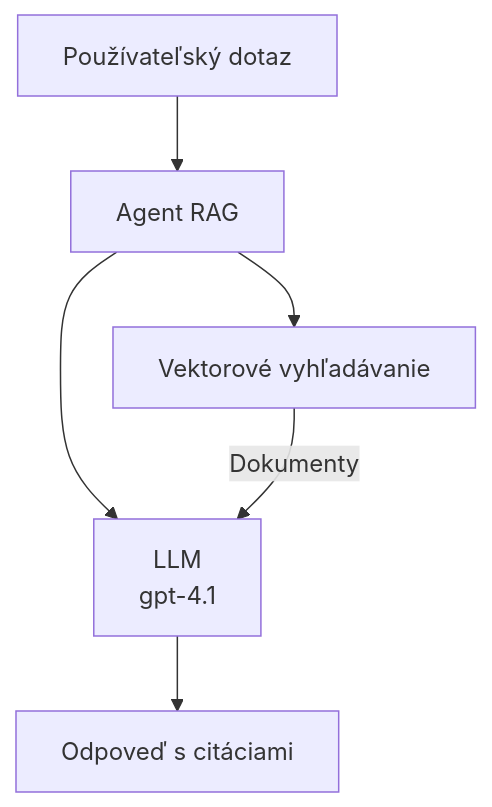
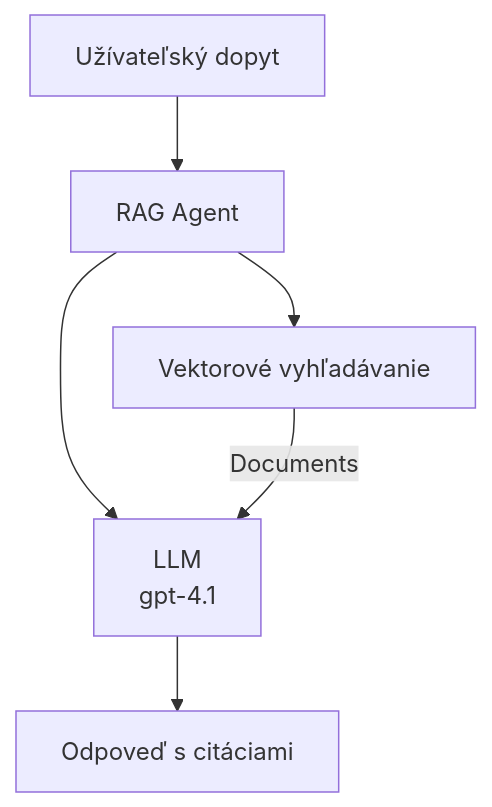
The second of 3 diagrams in translations/sk/docs/chapter-02-ai-development/agents.md (microsoft/AZD-for-beginners), drawn with Mermaid before and after one commit. The commit also changed other lines of this file and 59 other files, not shown here.

````diff
--- a/translations/sk/docs/chapter-02-ai-development/agents.md
+++ b/translations/sk/docs/chapter-02-ai-development/agents.md
@@ -181,8 +181,8 @@
 ```mermaid
 graph TD
-    Query[Používateľský dotaz] --> RAG[Agent RAG]
+    Query[Užívateľský dopyt] --> RAG[RAG Agent]
     RAG --> Vector[Vektorové vyhľadávanie]
     RAG --> LLM[LLM<br/>gpt-4.1]
-    Vector -- Dokumenty --> LLM
+    Vector -- Documents --> LLM
     LLM --> Response[Odpoveď s citáciami]
 ```
````
